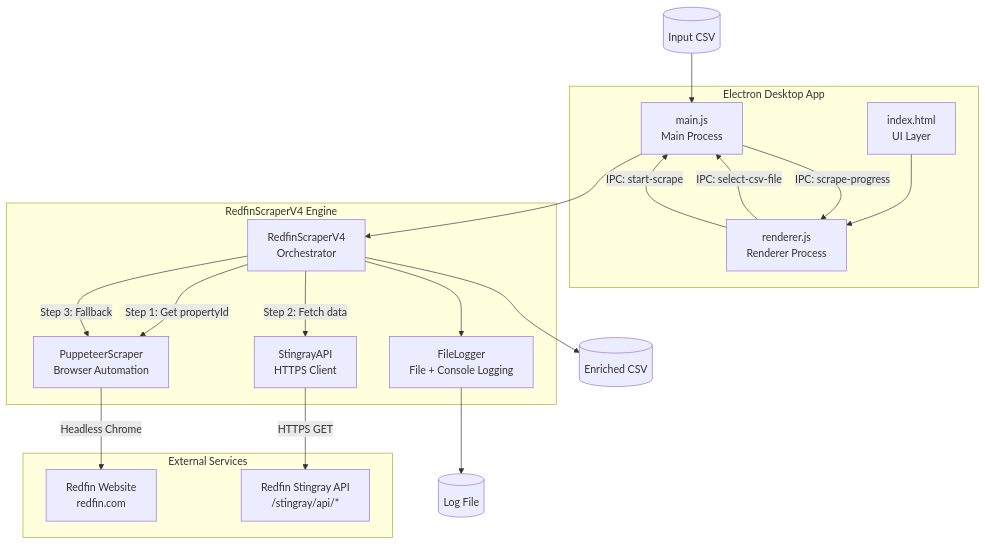
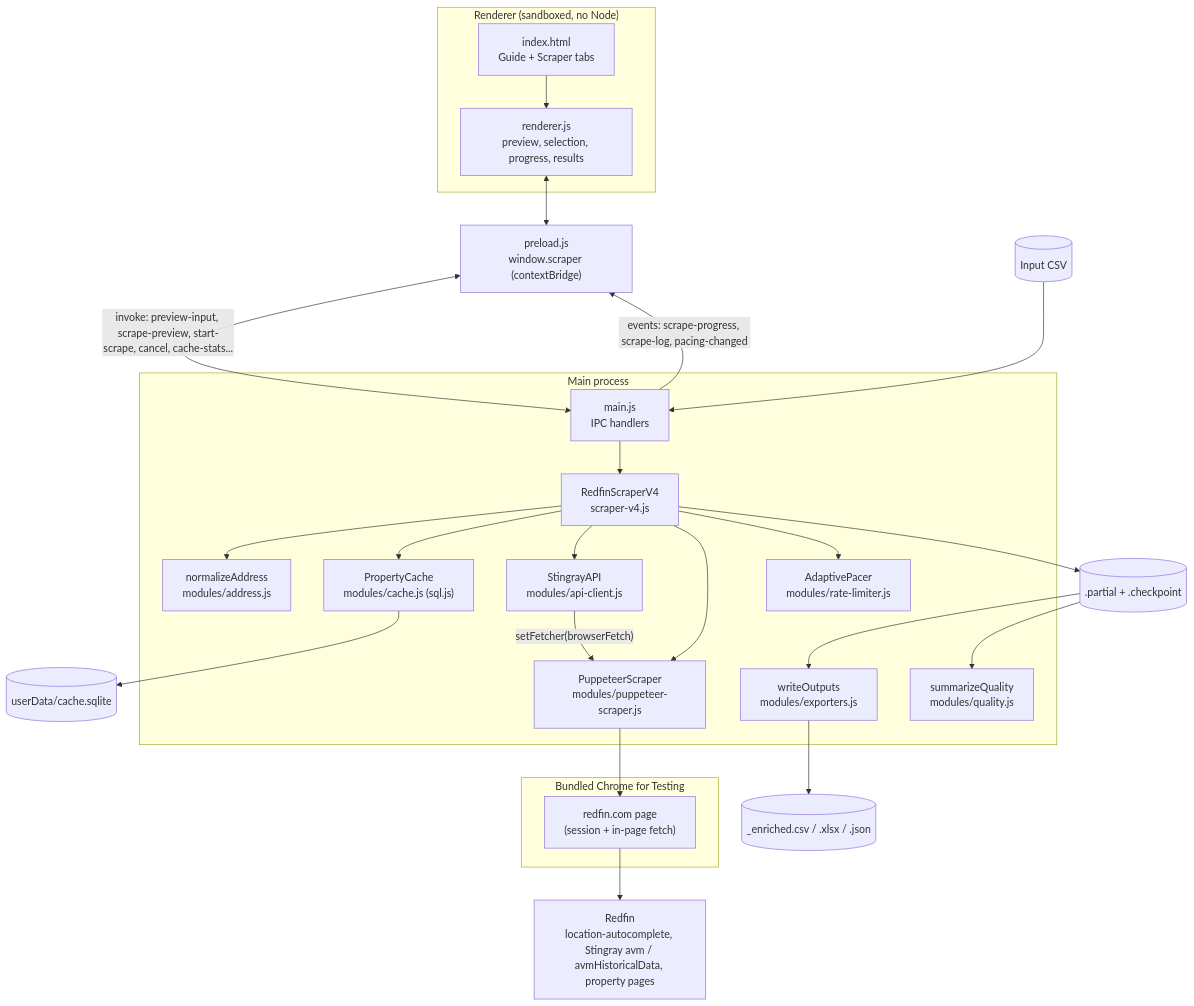
One commit to Technical-1/All-About-Me changed the diagram in public/data/portfolio/redfin-scraper/architecture.md. Above: the diagram before and after it, drawn with Mermaid. The commit also changed other lines of this file and 63 other files, not shown here.

````diff
--- a/public/data/portfolio/redfin-scraper/architecture.md
+++ b/public/data/portfolio/redfin-scraper/architecture.md
@@ -5,35 +5,47 @@
 ```mermaid
 flowchart TD
-    subgraph GUI["Electron Desktop App"]
-        MAIN["main.js<br/>Main Process"]
-        RENDERER["renderer.js<br/>Renderer Process"]
-        HTML["index.html<br/>UI Layer"]
+    subgraph Renderer["Renderer (sandboxed, no Node)"]
+        HTML["index.html<br/>Guide + Scraper tabs"]
+        RENDERER["renderer.js<br/>preview, selection, progress, results"]
     end
 
-    subgraph Scraper["RedfinScraperV4 Engine"]
-        ORCHESTRATOR["RedfinScraperV4<br/>Orchestrator"]
-        STINGRAY["StingrayAPI<br/>HTTPS Client"]
-        PUPPETEER["PuppeteerScraper<br/>Browser Automation"]
-        LOGGER["FileLogger<br/>File + Console Logging"]
+    PRELOAD["preload.js<br/>window.scraper (contextBridge)"]
+
+    subgraph Main["Main process"]
+        MAIN["main.js<br/>IPC handlers"]
+        ORCH["RedfinScraperV4<br/>scraper-v4.js"]
+        API["StingrayAPI<br/>modules/api-client.js"]
+        PUP["PuppeteerScraper<br/>modules/puppeteer-scraper.js"]
+        PACER["AdaptivePacer<br/>modules/rate-limiter.js"]
+        CACHE["PropertyCache<br/>modules/cache.js (sql.js)"]
+        ADDR["normalizeAddress<br/>modules/address.js"]
+        EXP["writeOutputs<br/>modules/exporters.js"]
+        QUAL["summarizeQuality<br/>modules/quality.js"]
     end
 
-    subgraph External["External Services"]
-        REDFIN_WEB["Redfin Website<br/>redfin.com"]
-        REDFIN_API["Redfin Stingray API<br/>/stingray/api/*"]
+    subgraph Chrome["Bundled Chrome for Testing"]
+        PAGE["redfin.com page<br/>(session + in-page fetch)"]
     end
+
+    REDFIN["Redfin<br/>location-autocomplete, Stingray avm / avmHistoricalData, property pages"]
 
     CSV_IN[(Input CSV)] --> MAIN
     HTML --> RENDERER
-    RENDERER -->|IPC: select-csv-file| MAIN
-    RENDERER -->|IPC: start-scrape| MAIN
-    MAIN -->|IPC: scrape-progress| RENDERER
-    MAIN --> ORCHESTRATOR
-    ORCHESTRATOR -->|Step 1: Get propertyId| PUPPETEER
-    ORCHESTRATOR -->|Step 2: Fetch data| STINGRAY
-    ORCHESTRATOR -->|Step 3: Fallback| PUPPETEER
-    PUPPETEER -->|Headless Chrome| REDFIN_WEB
-    STINGRAY -->|HTTPS GET| REDFIN_API
-    ORCHESTRATOR --> LOGGER
-    ORCHESTRATOR --> CSV_OUT[(Enriched CSV)]
-    LOGGER --> LOG_FILE[(Log File)]
+    RENDERER <--> PRELOAD
+    PRELOAD <-->|"invoke: preview-input, scrape-preview, start-scrape, cancel, cache-stats..."| MAIN
+    MAIN -->|"events: scrape-progress, scrape-log, pacing-changed"| PRELOAD
+    MAIN --> ORCH
+    ORCH --> ADDR
+    ORCH --> CACHE
+    ORCH --> API
+    ORCH --> PUP
+    ORCH --> PACER
+    API -->|"setFetcher(browserFetch)"| PUP
+    PUP --> PAGE
+    PAGE --> REDFIN
+    CACHE --> DB[(userData/cache.sqlite)]
+    ORCH --> PARTIAL[(.partial + .checkpoint)]
+    PARTIAL --> EXP
+    PARTIAL --> QUAL
+    EXP --> OUT[(_enriched.csv / .xlsx / .json)]
 ```
````
